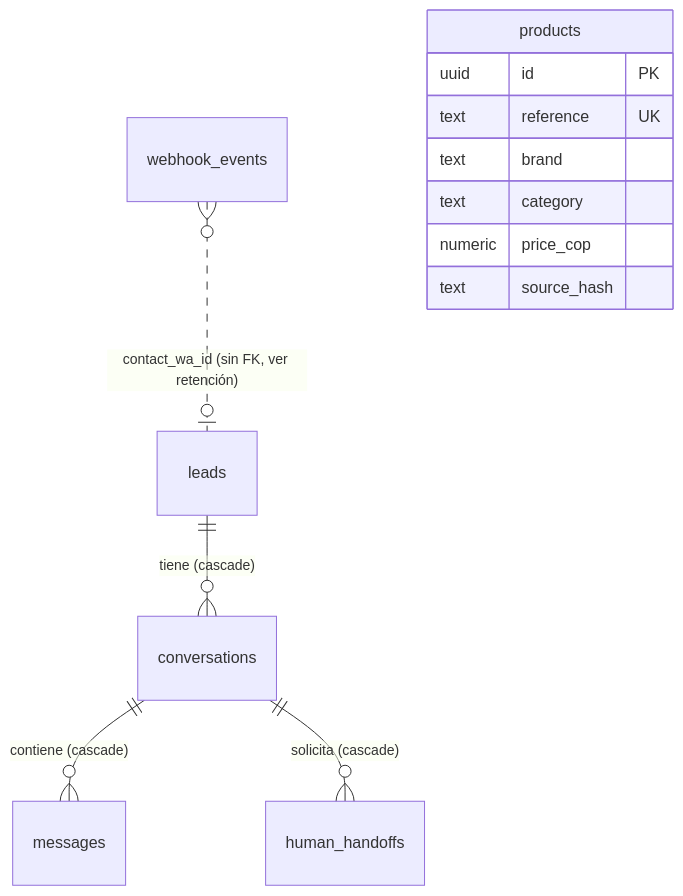
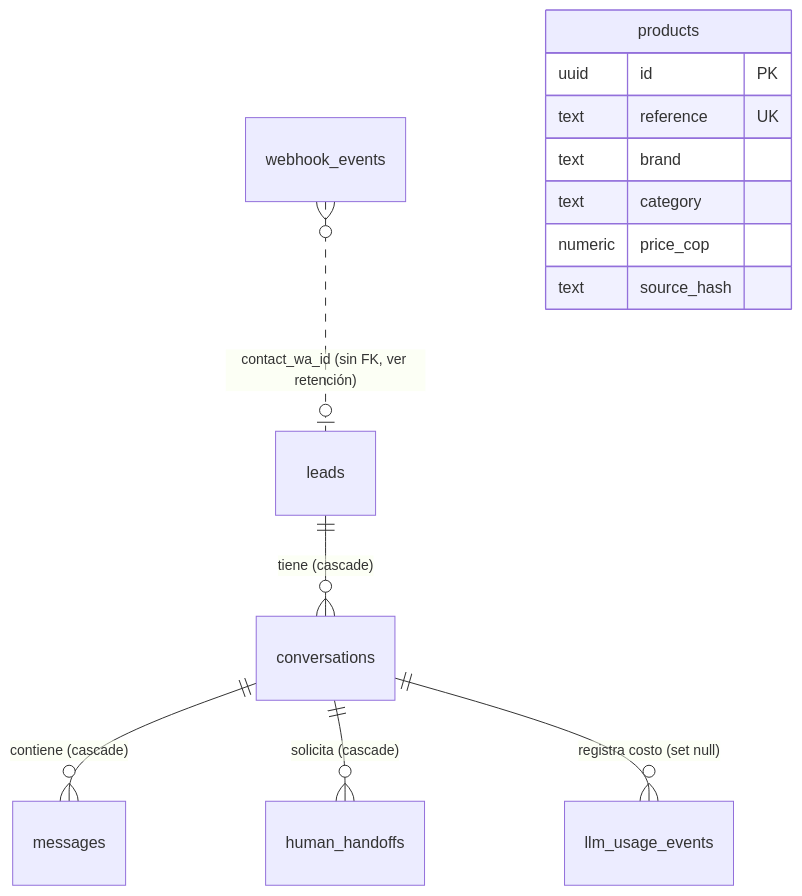
Before and after one commit to rckt-workspace/agente-LaCusine: the diagram in docs/modelo-datos.md, drawn with Mermaid. The commit also changed other lines of this file and 54 other files, not shown here.

````diff
--- a/docs/modelo-datos.md
+++ b/docs/modelo-datos.md
@@ -13,15 +16,16 @@
 ```mermaid
 erDiagram
     leads ||--o{ conversations : "tiene (cascade)"
     conversations ||--o{ messages : "contiene (cascade)"
     conversations ||--o{ human_handoffs : "solicita (cascade)"
+    conversations ||--o{ llm_usage_events : "registra costo (set null)"
     webhook_events }o..o| leads : "contact_wa_id (sin FK, ver retención)"
     products {
         uuid id PK
         text reference UK
         text brand
         text category
         numeric price_cop
         text source_hash
     }
 ```
````
